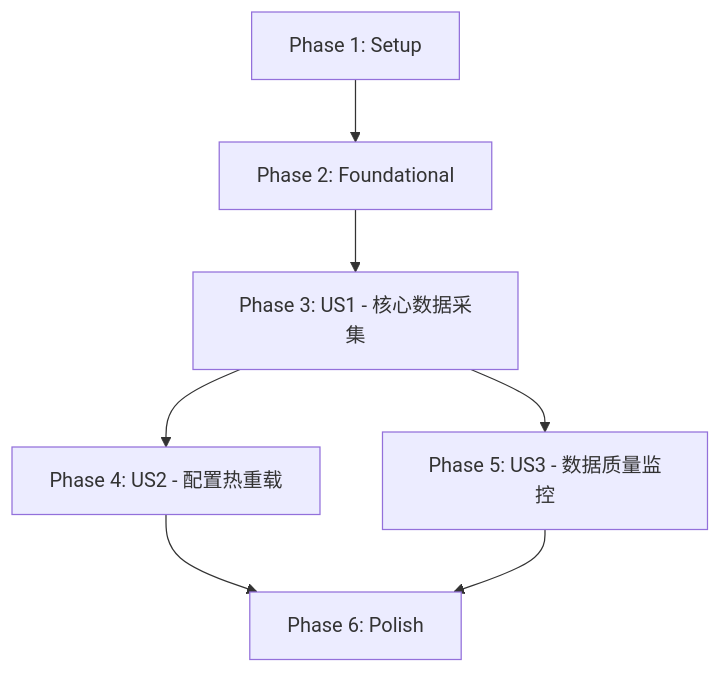
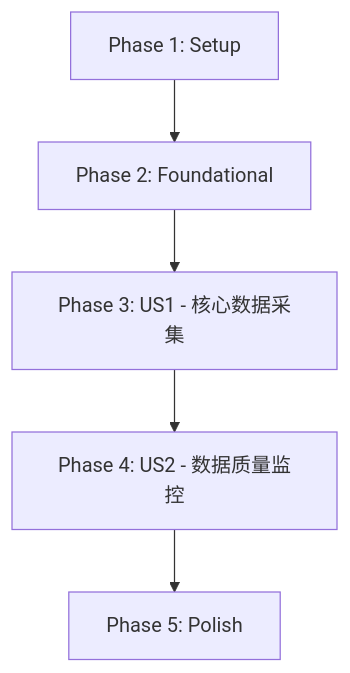
One commit to Kaoruha/GinkGO changed the diagram in .specify/specs/009-default/tasks.md. Above: the diagram before and after it, drawn with Mermaid. The commit also changed other lines of this file, not shown here.

First line of the commit message:
refactor(spec): remove Phase 4 config hot-reload (no actual需求)

````diff
--- a/.specify/specs/009-default/tasks.md
+++ b/.specify/specs/009-default/tasks.md
@@ -167,9 +150,7 @@
 ```mermaid
 graph TD
     Setup[Phase 1: Setup] --> Foundational[Phase 2: Foundational]
     Foundational --> US1[Phase 3: US1 - 核心数据采集]
-    US1 --> US2[Phase 4: US2 - 配置热重载]
-    US1 --> US3[Phase 5: US3 - 数据质量监控]
-    US2 --> Polish[Phase 6: Polish]
-    US3 --> Polish
+    US1 --> US2[Phase 4: US2 - 数据质量监控]
+    US2 --> Polish[Phase 5: Polish]
 ```
````
